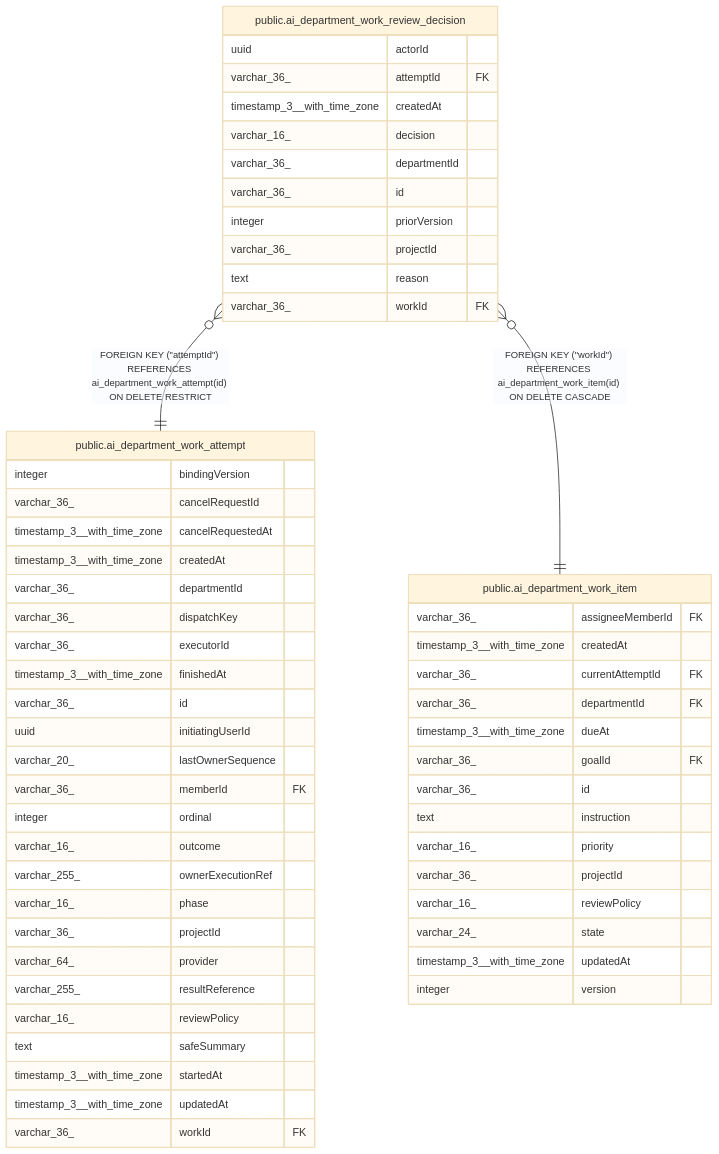
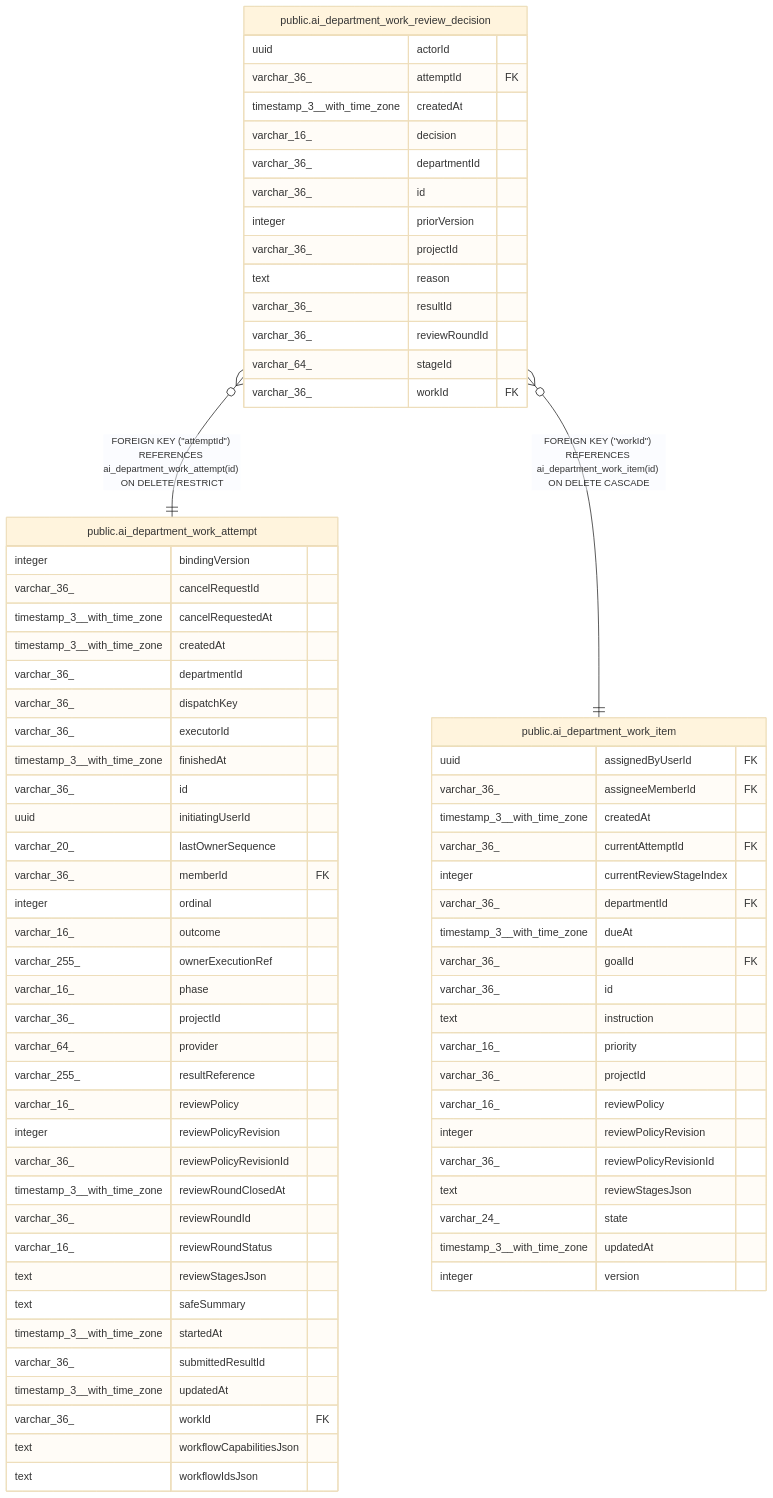
One commit to haison1234/Nexora changed the diagram in docs/generated/postgres-schema/public.ai_department_work_review_decision.md. Above: the diagram before and after it, drawn with Mermaid (base theme). The commit also changed other lines of this file and 524 other files, not shown here.

````diff
--- a/docs/generated/postgres-schema/public.ai_department_work_review_decision.md
+++ b/docs/generated/postgres-schema/public.ai_department_work_review_decision.md
@@ -44,61 +47,78 @@
 ```mermaid
 erDiagram
 
 "public.ai_department_work_review_decision" }o--|| "public.ai_department_work_attempt" : "FOREIGN KEY (#quot;attemptId#quot;) REFERENCES ai_department_work_attempt(id) ON DELETE RESTRICT"
 "public.ai_department_work_review_decision" }o--|| "public.ai_department_work_item" : "FOREIGN KEY (#quot;workId#quot;) REFERENCES ai_department_work_item(id) ON DELETE CASCADE"
 
 "public.ai_department_work_review_decision" {
   uuid actorId
   varchar_36_ attemptId FK
   timestamp_3__with_time_zone createdAt
   varchar_16_ decision
   varchar_36_ departmentId
   varchar_36_ id
   integer priorVersion
   varchar_36_ projectId
   text reason
+  varchar_36_ resultId
+  varchar_36_ reviewRoundId
+  varchar_64_ stageId
   varchar_36_ workId FK
 }
 "public.ai_department_work_attempt" {
   integer bindingVersion
   varchar_36_ cancelRequestId
   timestamp_3__with_time_zone cancelRequestedAt
   timestamp_3__with_time_zone createdAt
   varchar_36_ departmentId
   varchar_36_ dispatchKey
   varchar_36_ executorId
   timestamp_3__with_time_zone finishedAt
   varchar_36_ id
   uuid initiatingUserId
   varchar_20_ lastOwnerSequence
   varchar_36_ memberId FK
   integer ordinal
   varchar_16_ outcome
   varchar_255_ ownerExecutionRef
   varchar_16_ phase
   varchar_36_ projectId
   varchar_64_ provider
   varchar_255_ resultReference
   varchar_16_ reviewPolicy
+  integer reviewPolicyRevision
+  varchar_36_ reviewPolicyRevisionId
+  timestamp_3__with_time_zone reviewRoundClosedAt
+  varchar_36_ reviewRoundId
+  varchar_16_ reviewRoundStatus
+  text reviewStagesJson
   text safeSummary
   timestamp_3__with_time_zone startedAt
+  varchar_36_ submittedResultId
   timestamp_3__with_time_zone updatedAt
   varchar_36_ workId FK
+  text workflowCapabilitiesJson
+  text workflowIdsJson
 }
 "public.ai_department_work_item" {
+  uuid assignedByUserId FK
   varchar_36_ assigneeMemberId FK
   timestamp_3__with_time_zone createdAt
   varchar_36_ currentAttemptId FK
+  integer currentReviewStageIndex
   varchar_36_ departmentId FK
   timestamp_3__with_time_zone dueAt
   varchar_36_ goalId FK
   varchar_36_ id
   text instruction
   varchar_16_ priority
   varchar_36_ projectId
   varchar_16_ reviewPolicy
+  integer reviewPolicyRevision
+  varchar_36_ reviewPolicyRevisionId
+  text reviewStagesJson
   varchar_24_ state
   timestamp_3__with_time_zone updatedAt
   integer version
 }
 ```
````
